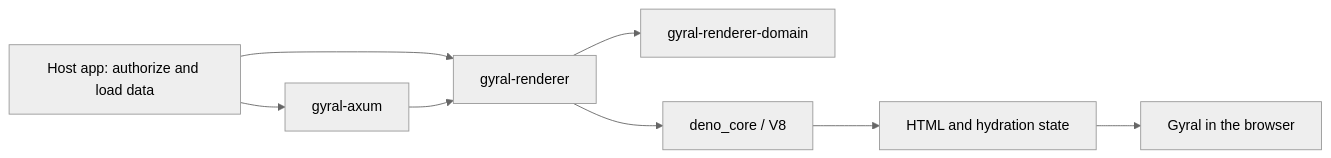
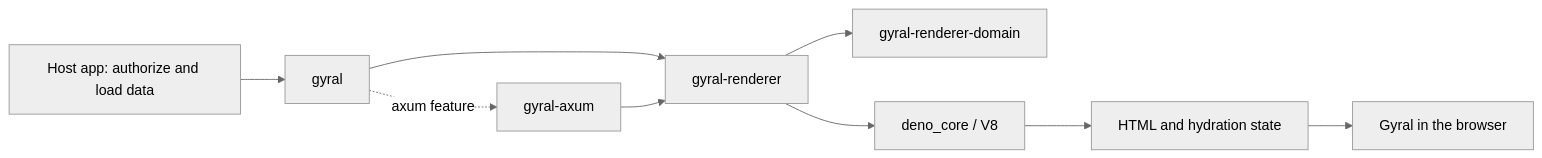
The diagram in ARCHITECTURE.md (gyraljs/gyral-rs), drawn with Mermaid (neutral theme) before and after one commit. The commit also changed other lines of this file and 44 other files, not shown here.

````diff
--- a/ARCHITECTURE.md
+++ b/ARCHITECTURE.md
@@ -8,10 +9,11 @@
 ```mermaid
 flowchart LR
-    App[Host app: authorize and load data] --> Renderer[gyral-renderer]
+    App[Host app: authorize and load data] --> Front[gyral]
+    Front --> Renderer[gyral-renderer]
+    Front -. axum feature .-> Axum
     Renderer --> Domain[gyral-renderer-domain]
     Renderer --> V8[deno_core / V8]
     Axum[gyral-axum] --> Renderer
-    App --> Axum
     V8 --> HTML[HTML and hydration state]
     HTML --> Browser[Gyral in the browser]
 ```
````
